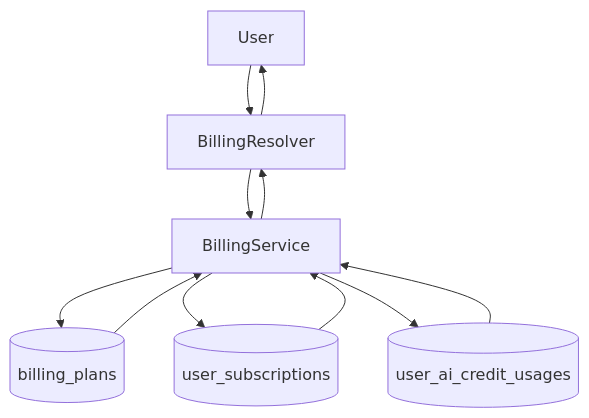
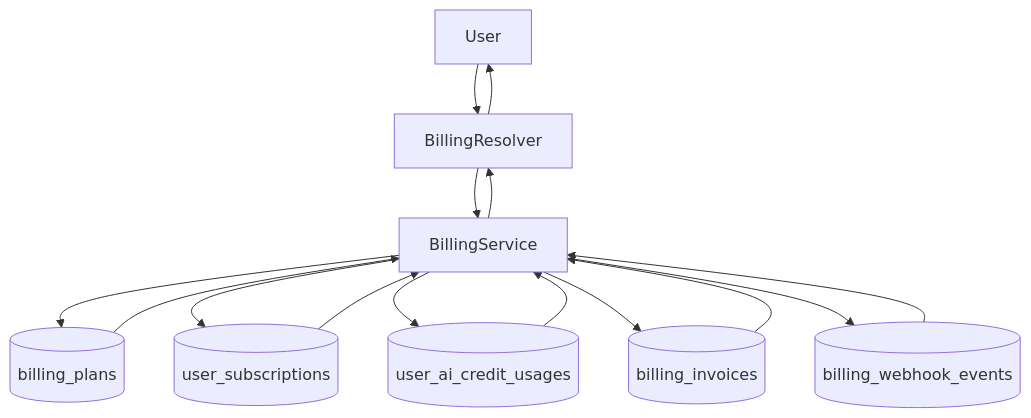
Before and after one commit to AmanVatsSharma/MailZen-Smart-Email-Management: the diagram in apps/backend/src/billing/README.md, drawn with Mermaid. The commit also changed other lines of this file and 12 other files, not shown here.

Commit message:
Add billing trials invoices and webhook event ingestion

````diff
--- a/apps/backend/src/billing/README.md
+++ b/apps/backend/src/billing/README.md
@@ -31,13 +39,17 @@
 ```mermaid
 flowchart TD
   User --> Resolver[BillingResolver]
   Resolver --> Service[BillingService]
   Service --> PlanRepo[(billing_plans)]
   Service --> SubRepo[(user_subscriptions)]
   Service --> AiUsageRepo[(user_ai_credit_usages)]
+  Service --> InvoiceRepo[(billing_invoices)]
+  Service --> WebhookRepo[(billing_webhook_events)]
   PlanRepo --> Service
   SubRepo --> Service
   AiUsageRepo --> Service
+  InvoiceRepo --> Service
+  WebhookRepo --> Service
   Service --> Resolver
   Resolver --> User
 ```
````
